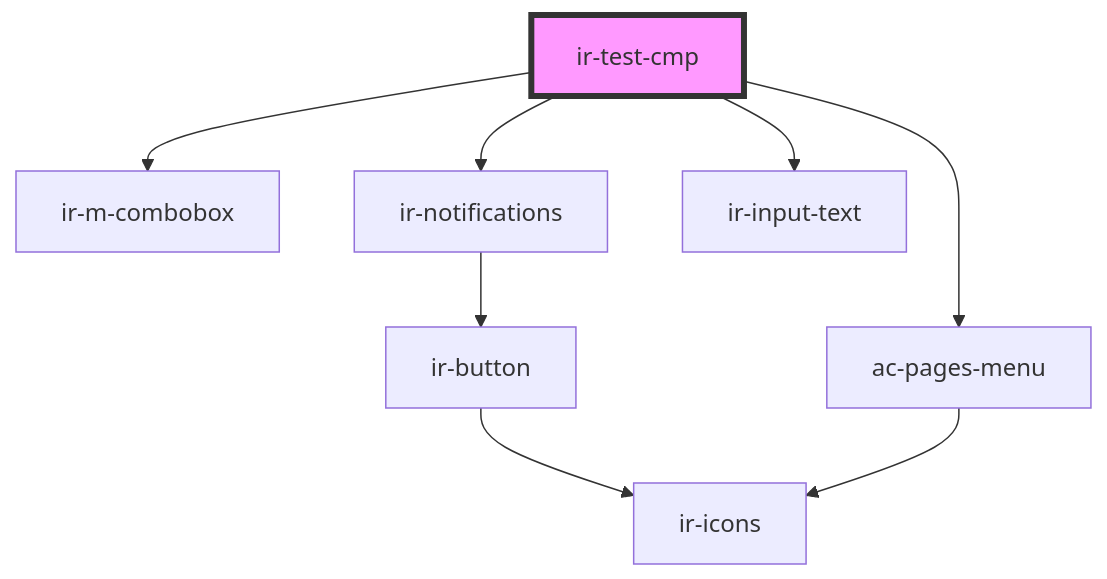
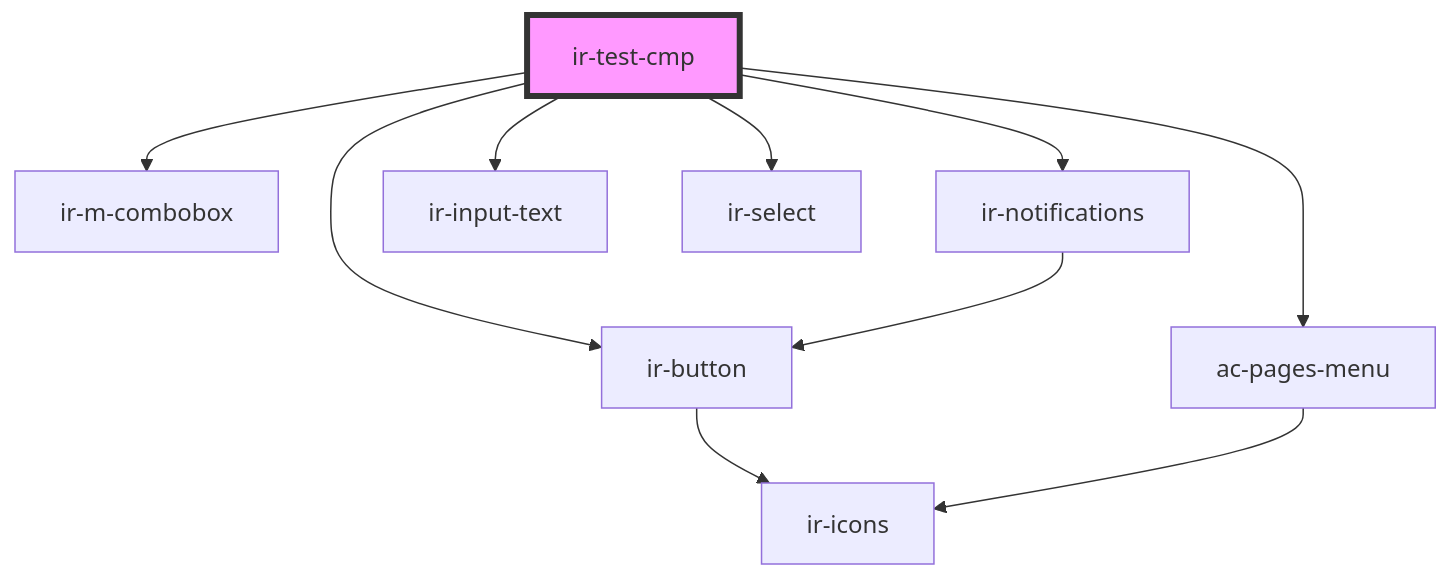
One commit to RonyRizk/ir-webcmp changed the diagram in src/components/ir-test-cmp/readme.md. Above: the diagram before and after it, drawn with Mermaid. The commit also changed other lines of this file and 48 other files, not shown here.

````diff
--- a/src/components/ir-test-cmp/readme.md
+++ b/src/components/ir-test-cmp/readme.md
@@ -18,11 +20,13 @@
 ```mermaid
 graph TD;
   ir-test-cmp --> ir-m-combobox
   ir-test-cmp --> ir-notifications
   ir-test-cmp --> ac-pages-menu
   ir-test-cmp --> ir-input-text
+  ir-test-cmp --> ir-select
+  ir-test-cmp --> ir-button
   ir-notifications --> ir-button
   ir-button --> ir-icons
   ac-pages-menu --> ir-icons
   style ir-test-cmp fill:#f9f,stroke:#333,stroke-width:4px
 ```
````
